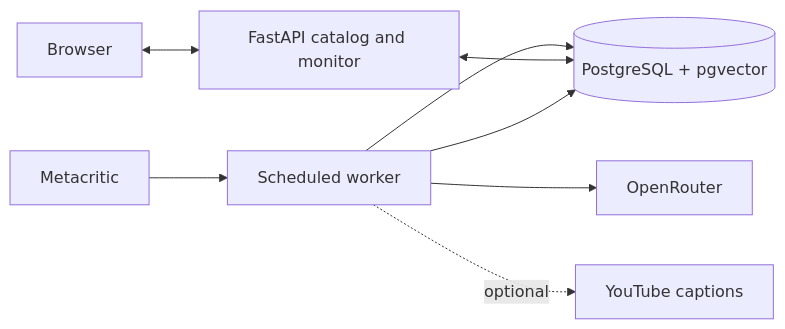
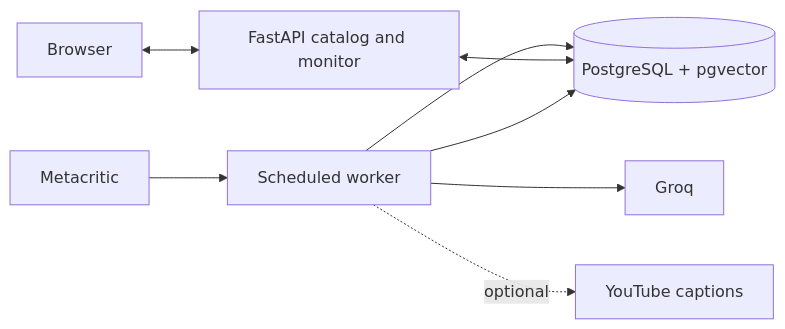
Before and after one commit to m3d1m3d1/metacritic-games-test: the diagram in README.md, drawn with Mermaid. The commit also changed other lines of this file and 10 other files, not shown here.

First line of the commit message:
Switch LLM provider configuration to Groq

````diff
--- a/README.md
+++ b/README.md
@@ -8,10 +8,10 @@
 ```mermaid
 flowchart LR
     MC[Metacritic] --> W[Scheduled worker]
     W --> DB[(PostgreSQL + pgvector)]
-    W --> OR[OpenRouter]
+    W --> LLM[Groq]
     W -. optional .-> YT[YouTube captions]
     B[Browser] <--> API[FastAPI catalog and monitor]
     API <--> DB
     W --> DB
 ```
````
